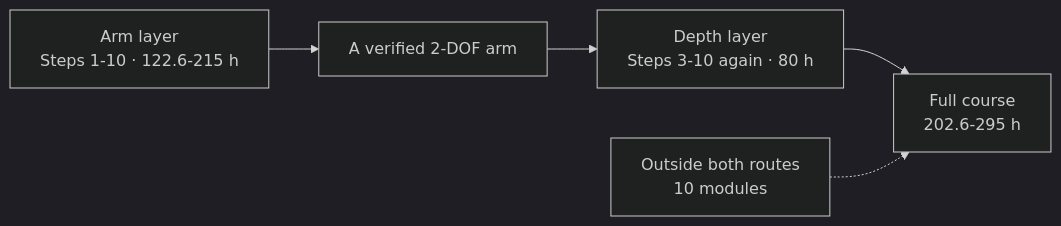
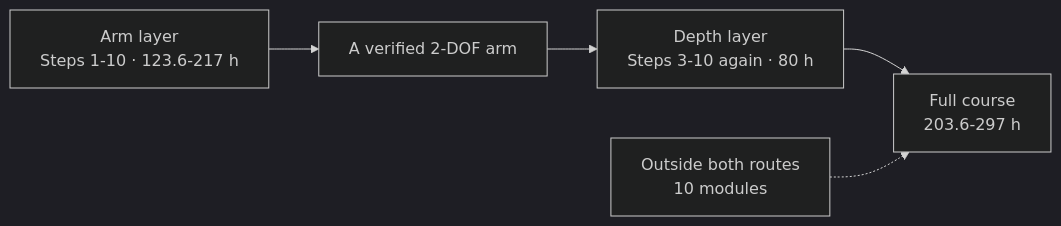
One commit to TLE47/Mechatronics-Roadmap changed the diagram in docs/SYLLABUS.md. Above: the diagram before and after it, drawn with Mermaid (dark theme). The commit also changed other lines of this file and 26 other files, not shown here.

````diff
--- a/docs/SYLLABUS.md
+++ b/docs/SYLLABUS.md
@@ -26,7 +26,7 @@
 ```mermaid
 flowchart LR
-    Arm["Arm layer<br/>Steps 1-10 · 122.6-215 h"] --> Built["A verified 2-DOF arm"]
+    Arm["Arm layer<br/>Steps 1-10 · 123.6-217 h"] --> Built["A verified 2-DOF arm"]
     Built --> Depth["Depth layer<br/>Steps 3-10 again · 80 h"]
-    Depth --> Full["Full course<br/>202.6-295 h"]
+    Depth --> Full["Full course<br/>203.6-297 h"]
     Outside["Outside both routes<br/>10 modules"] -.-> Full
 ```
````
